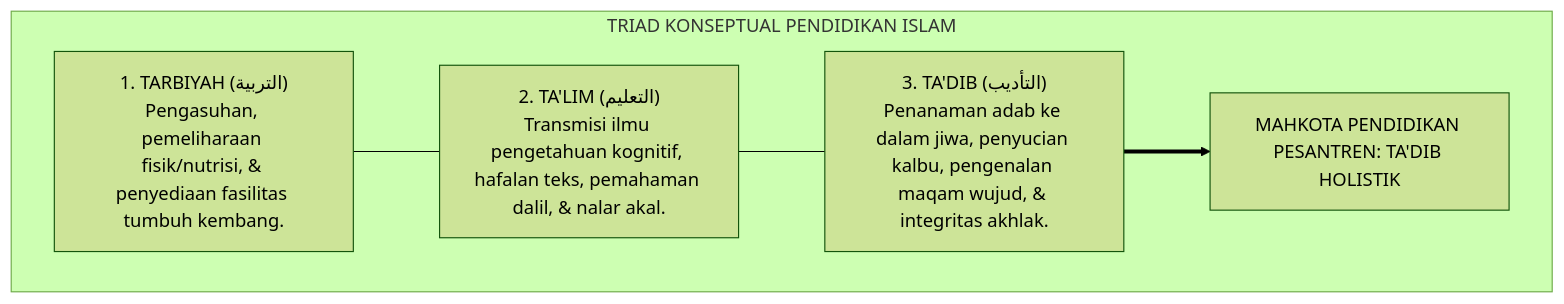
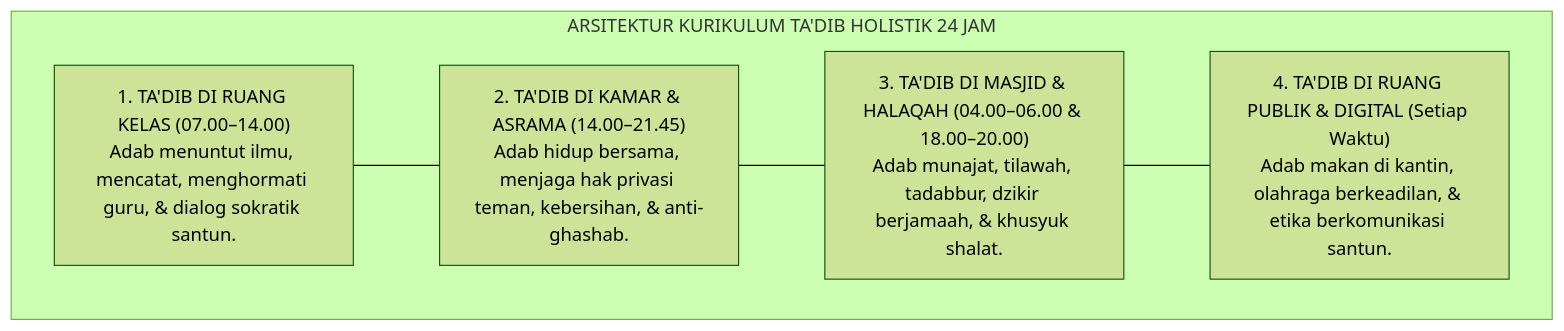
Before and after one commit to wandiapriliyandi/tumbuh: the sixth of 9 diagrams in 01 Philosophy/04 Education/P1-04-01-Falsafah-Tarbiyah-Tadib-Talim.md, drawn with Mermaid (forest theme). The commit also changed other lines of this file and 31 other files, not shown here.

````diff
--- a/01 Philosophy/04 Education/P1-04-01-Falsafah-Tarbiyah-Tadib-Talim.md
+++ b/01 Philosophy/04 Education/P1-04-01-Falsafah-Tarbiyah-Tadib-Talim.md
@@ -26,12 +240,14 @@
 ```mermaid
 graph TD
-    subgraph TriadPendidikan["TRIAD KONSEPTUAL PENDIDIKAN ISLAM"]
-        Tarbiyah["1. TARBIYAH (التربية)<br/>Pengasuhan, pemeliharaan fisik/nutrisi, & penyediaan fasilitas tumbuh kembang."]
-        Talim["2. TA'LIM (التعليم)<br/>Transmisi ilmu pengetahuan kognitif, hafalan teks, pemahaman dalil, & nalar akal."]
-        Tadib["3. TA'DIB (التأديب)<br/>Penanaman adab ke dalam jiwa, penyucian kalbu, pengenalan maqam wujud, & integritas akhlak."]
+    subgraph KurikulumTadib24Jam["ARSITEKTUR KURIKULUM TA'DIB HOLISTIK 24 JAM"]
+        Kelas["1. TA'DIB DI RUANG KELAS (07.00–14.00)<br/>Adab menuntut ilmu, mencatat, menghormati guru, & dialog sokratik santun."]
         
-        Tarbiyah --- Talim
-        Talim --- Tadib
-        Tadib ==> Mahkota["MAHKOTA PENDIDIKAN PESANTREN: TA'DIB HOLISTIK"]
+        Asrama["2. TA'DIB DI KAMAR & ASRAMA (14.00–21.45)<br/>Adab hidup bersama, menjaga hak privasi teman, kebersihan, & anti-ghashab."]
+        
+        Masjid["3. TA'DIB DI MASJID & HALAQAH (04.00–06.00 & 18.00–20.00)<br/>Adab munajat, tilawah, tadabbur, dzikir berjamaah, & khusyuk shalat."]
+        
+        Sosial["4. TA'DIB DI RUANG PUBLIK & DIGITAL (Setiap Waktu)<br/>Adab makan di kantin, olahraga berkeadilan, & etika berkomunikasi santun."]
+        
+        Kelas --- Asrama --- Masjid --- Sosial
     end
 ```
````
